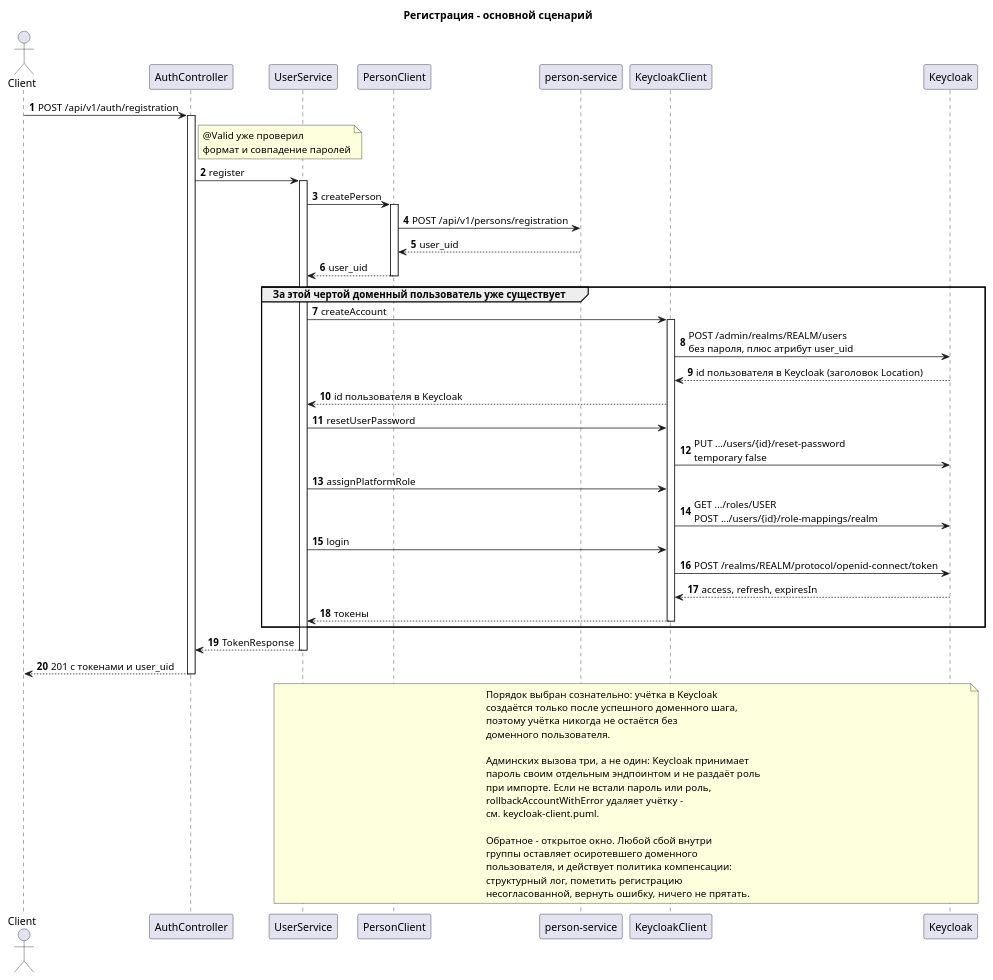
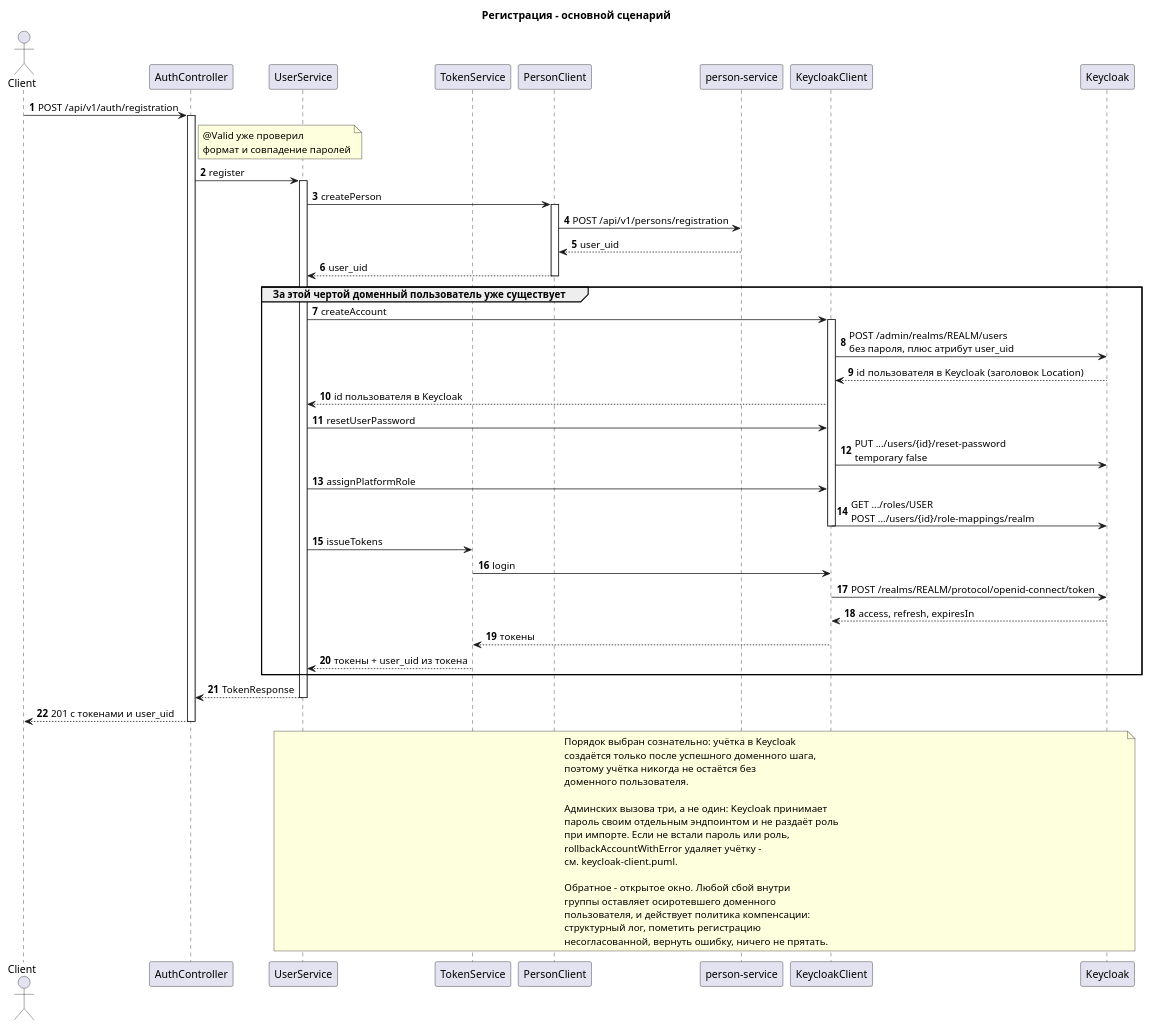
The diagram in docs/puml-ru/registration-sequence.puml (dezxxx/payment-platform), drawn with PlantUML before and after one commit. The commit also changed 21 other files, not shown here.

First line of the commit message:
feat: name every scenario step as a span and issue tokens through TokenService

```diff
--- a/docs/puml-ru/registration-sequence.puml
+++ b/docs/puml-ru/registration-sequence.puml
@@ -1,69 +1,72 @@
 @startuml registration
 title Регистрация - основной сценарий
 
 autonumber
 skinparam shadowing false
 
 actor Client
 participant "AuthController" as Ctl
 participant "UserService" as Svc
+participant "TokenService" as Tok
 participant "PersonClient" as PCl
 participant "person-service" as Per
 participant "KeycloakClient" as KCl
 participant "Keycloak" as Kc
 
 Client -> Ctl : POST /api/v1/auth/registration
 activate Ctl
 note right of Ctl : @Valid уже проверил\nформат и совпадение паролей
 Ctl -> Svc : register
 activate Svc
 
 Svc -> PCl : createPerson
 activate PCl
 PCl -> Per : POST /api/v1/persons/registration
 Per --> PCl : user_uid
 PCl --> Svc : user_uid
 deactivate PCl
 
 group За этой чертой доменный пользователь уже существует
   Svc -> KCl : createAccount
   activate KCl
   KCl -> Kc : POST /admin/realms/REALM/users\nбез пароля, плюс атрибут user_uid
   Kc --> KCl : id пользователя в Keycloak (заголовок Location)
   KCl --> Svc : id пользователя в Keycloak
   Svc -> KCl : resetUserPassword
   KCl -> Kc : PUT .../users/{id}/reset-password\ntemporary false
   Svc -> KCl : assignPlatformRole
   KCl -> Kc : GET .../roles/USER\nPOST .../users/{id}/role-mappings/realm
-  Svc -> KCl : login
+  deactivate KCl
+  Svc -> Tok : issueTokens
+  Tok -> KCl : login
   KCl -> Kc : POST /realms/REALM/protocol/openid-connect/token
   Kc --> KCl : access, refresh, expiresIn
-  KCl --> Svc : токены
-  deactivate KCl
+  KCl --> Tok : токены
+  Tok --> Svc : токены + user_uid из токена
 end
 
 Svc --> Ctl : TokenResponse
 deactivate Svc
 Ctl --> Client : 201 с токенами и user_uid
 deactivate Ctl
 
 note over Svc, Kc
   Порядок выбран сознательно: учётка в Keycloak
   создаётся только после успешного доменного шага,
   поэтому учётка никогда не остаётся без
   доменного пользователя.
 
   Админских вызова три, а не один: Keycloak принимает
   пароль своим отдельным эндпоинтом и не раздаёт роль
   при импорте. Если не встали пароль или роль,
   rollbackAccountWithError удаляет учётку -
   см. keycloak-client.puml.
 
   Обратное - открытое окно. Любой сбой внутри
   группы оставляет осиротевшего доменного
   пользователя, и действует политика компенсации:
   структурный лог, пометить регистрацию
   несогласованной, вернуть ошибку, ничего не прятать.
 end note
 
 @enduml
```
